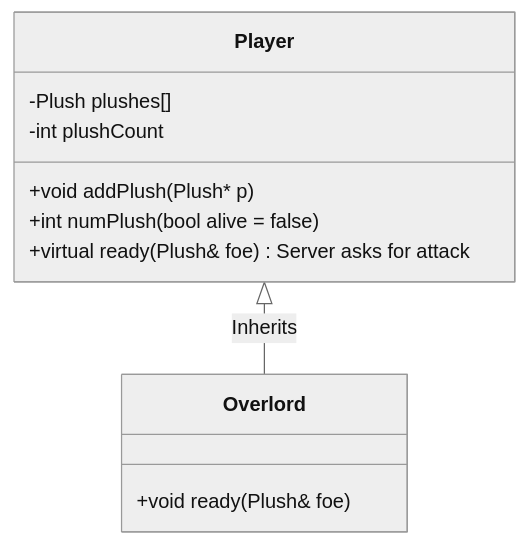
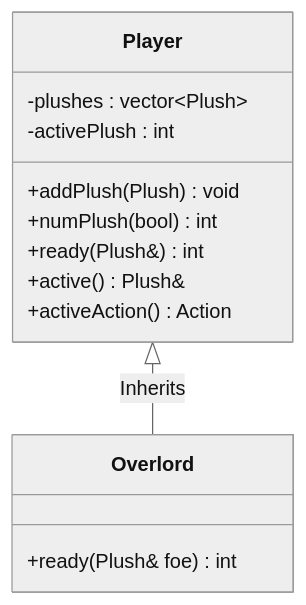
Before and after one commit to zsotroav/plushies: the third of 4 diagrams in plan.md, drawn with Mermaid (neutral theme). The commit also changed other lines of this file, not shown here.

````diff
--- a/plan.md
+++ b/plan.md
@@ -84,19 +126,21 @@
 ```mermaid
 classDiagram
     direction TD
 
     Player <|-- Overlord : Inherits
 
     class Player {
-        -Plush plushes[]
-        -int plushCount
+        -plushes : vector&lt;Plush&gt;
+        -activePlush : int
 
-        +void addPlush(Plush* p)
-        +int numPlush(bool alive = false)
-        +virtual ready(Plush& foe) Server asks for attack
+        +addPlush(Plush) void
+        +numPlush(bool) int
+        +ready(Plush&) int
+        +active() Plush&
+        +activeAction() Action
     }
 
     class Overlord {
-        +void ready(Plush& foe)
+        +ready(Plush& foe) int
     }
 ```
````
